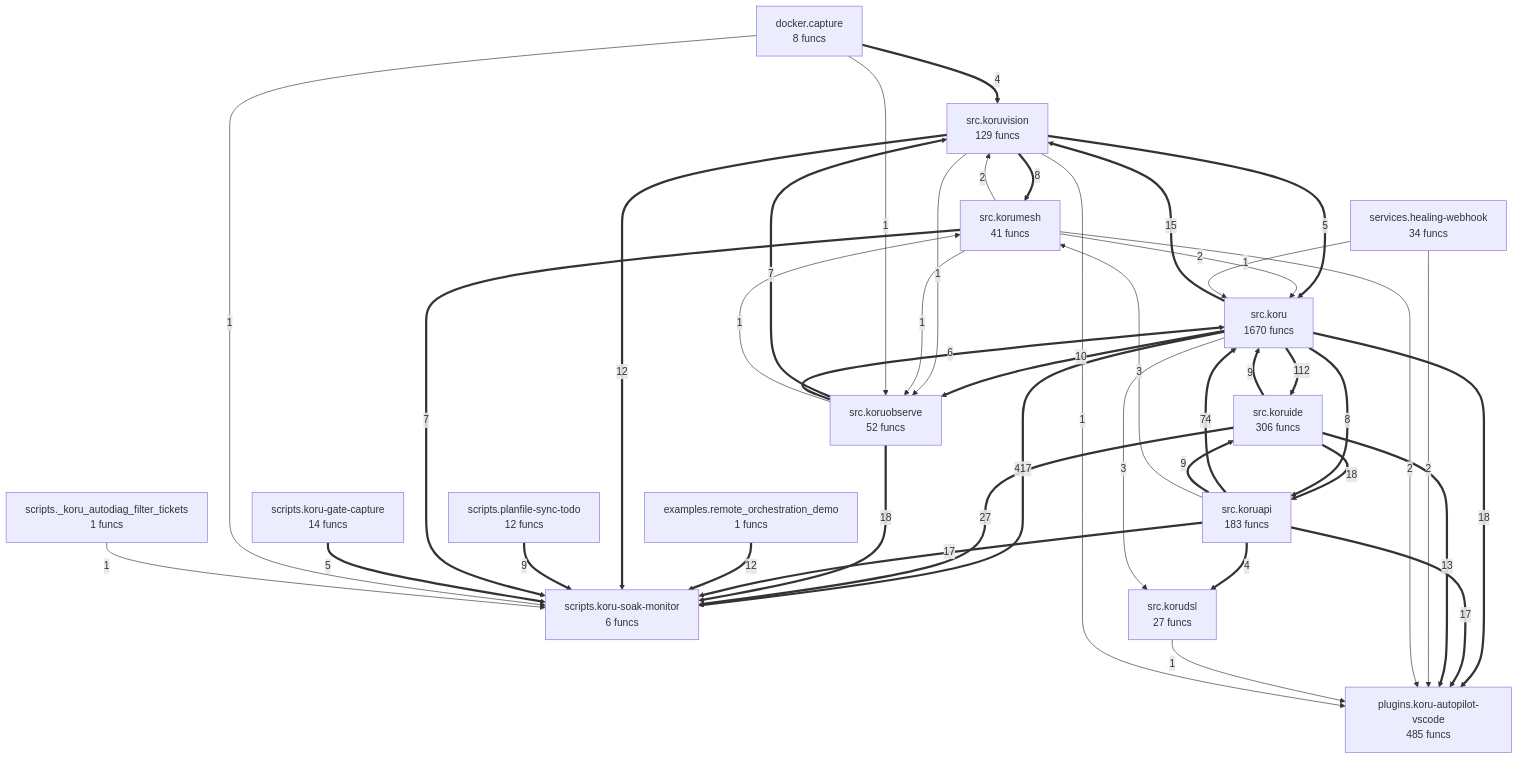
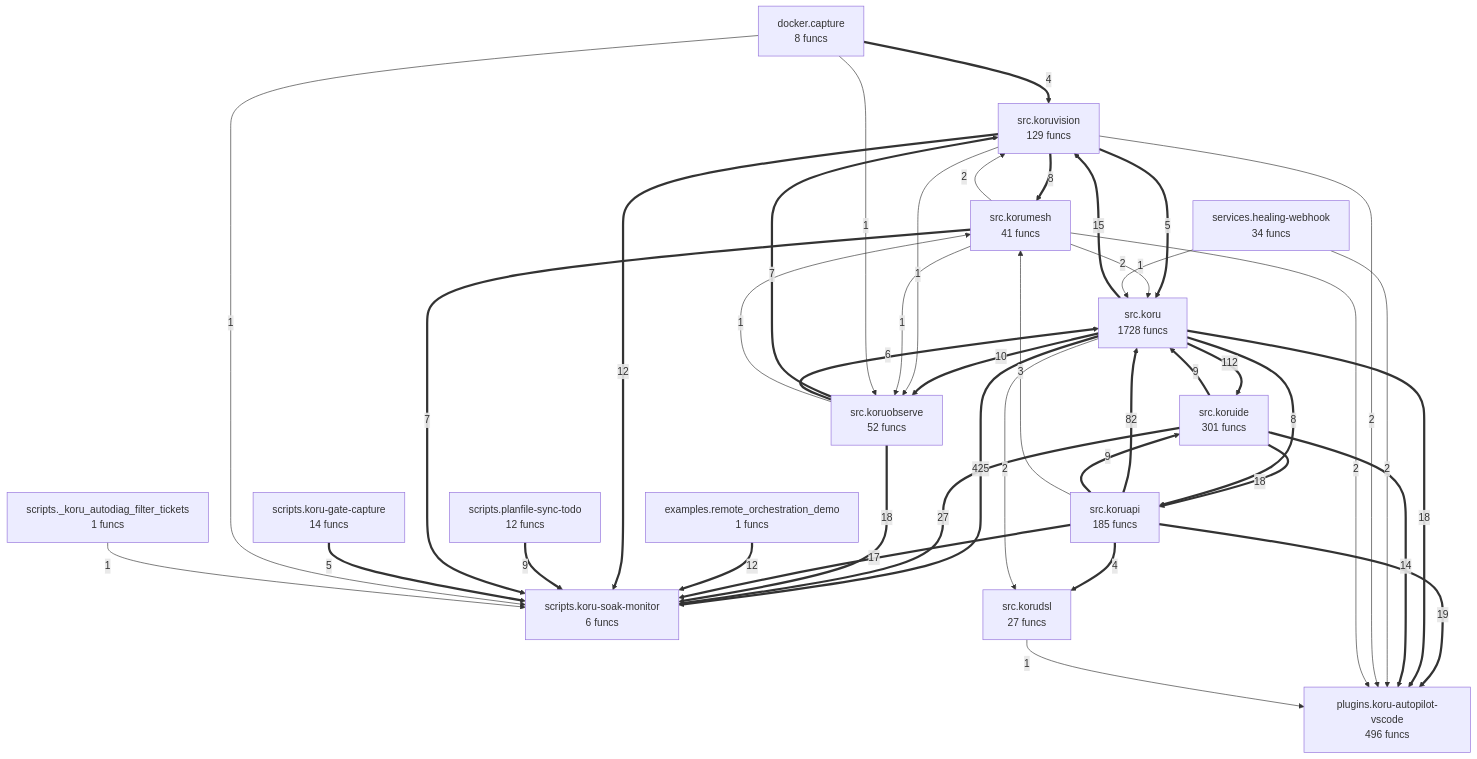
The diagram in project/compact_flow.mmd (semcod/koru), drawn with Mermaid before and after one commit. The commit also changed 86 other files, not shown here.

```diff
--- a/project/compact_flow.mmd
+++ b/project/compact_flow.mmd
@@ -1,58 +1,58 @@
 flowchart TD
-%% generated in 0.13s
+%% generated in 0.10s
     docker__capture["docker.capture<br/>8 funcs"]
     examples__remote_orchestration_demo["examples.remote_orchestration_demo<br/>1 funcs"]
-    plugins__koru_autopilot_vscode["plugins.koru-autopilot-vscode<br/>485 funcs"]
+    plugins__koru_autopilot_vscode["plugins.koru-autopilot-vscode<br/>496 funcs"]
     scripts___koru_autodiag_filter_tickets["scripts._koru_autodiag_filter_tickets<br/>1 funcs"]
     scripts__koru_gate_capture["scripts.koru-gate-capture<br/>14 funcs"]
     scripts__koru_soak_monitor["scripts.koru-soak-monitor<br/>6 funcs"]
     scripts__planfile_sync_todo["scripts.planfile-sync-todo<br/>12 funcs"]
     services__healing_webhook["services.healing-webhook<br/>34 funcs"]
-    src__koru["src.koru<br/>1670 funcs"]
-    src__koruapi["src.koruapi<br/>183 funcs"]
+    src__koru["src.koru<br/>1728 funcs"]
+    src__koruapi["src.koruapi<br/>185 funcs"]
     src__korudsl["src.korudsl<br/>27 funcs"]
-    src__koruide["src.koruide<br/>306 funcs"]
+    src__koruide["src.koruide<br/>301 funcs"]
     src__korumesh["src.korumesh<br/>41 funcs"]
     src__koruobserve["src.koruobserve<br/>52 funcs"]
     src__koruvision["src.koruvision<br/>129 funcs"]
-    src__koru ==>|417| scripts__koru_soak_monitor
+    src__koru ==>|425| scripts__koru_soak_monitor
     src__koru ==>|112| src__koruide
-    src__koruapi ==>|74| src__koru
+    src__koruapi ==>|82| src__koru
     src__koruide ==>|27| scripts__koru_soak_monitor
+    src__koruapi ==>|19| plugins__koru_autopilot_vscode
     src__koruobserve ==>|18| scripts__koru_soak_monitor
     src__koruide ==>|18| src__koruapi
     src__koru ==>|18| plugins__koru_autopilot_vscode
-    src__koruapi ==>|17| plugins__koru_autopilot_vscode
     src__koruapi ==>|17| scripts__koru_soak_monitor
     src__koru ==>|15| src__koruvision
-    src__koruide ==>|13| plugins__koru_autopilot_vscode
+    src__koruide ==>|14| plugins__koru_autopilot_vscode
     examples__remote_orchestration_demo ==>|12| scripts__koru_soak_monitor
     src__koruvision ==>|12| scripts__koru_soak_monitor
     src__koru ==>|10| src__koruobserve
     src__koruapi ==>|9| src__koruide
     src__koruide ==>|9| src__koru
     scripts__planfile_sync_todo ==>|9| scripts__koru_soak_monitor
     src__koruvision ==>|8| src__korumesh
     src__koru ==>|8| src__koruapi
     src__koruobserve ==>|7| src__koruvision
     src__korumesh ==>|7| scripts__koru_soak_monitor
     src__koruobserve ==>|6| src__koru
     src__koruvision ==>|5| src__koru
     scripts__koru_gate_capture ==>|5| scripts__koru_soak_monitor
     src__koruapi ==>|4| src__korudsl
     docker__capture ==>|4| src__koruvision
     src__koruapi -->|3| src__korumesh
-    src__koru -->|3| src__korudsl
     services__healing_webhook -->|2| plugins__koru_autopilot_vscode
+    src__koruvision -->|2| plugins__koru_autopilot_vscode
     src__korumesh -->|2| src__koru
     src__korumesh -->|2| src__koruvision
     src__korumesh -->|2| plugins__koru_autopilot_vscode
+    src__koru -->|2| src__korudsl
     services__healing_webhook -->|1| src__koru
     src__koruobserve -->|1| src__korumesh
     src__korudsl -->|1| plugins__koru_autopilot_vscode
-    src__koruvision -->|1| plugins__koru_autopilot_vscode
     src__koruvision -->|1| src__koruobserve
     src__korumesh -->|1| src__koruobserve
     docker__capture -->|1| src__koruobserve
     docker__capture -->|1| scripts__koru_soak_monitor
     scripts___koru_autodiag_filter_tickets -->|1| scripts__koru_soak_monitor
```
